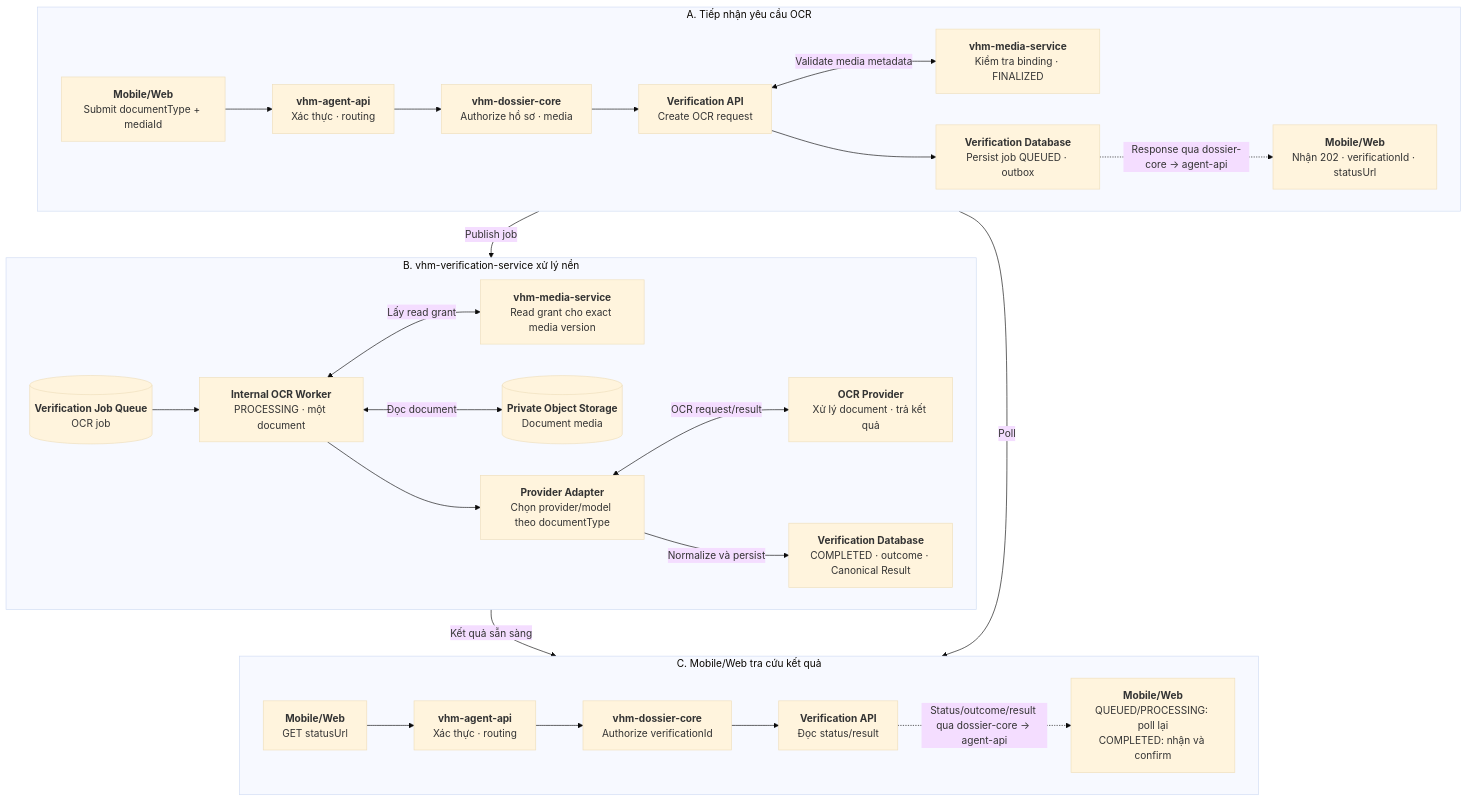
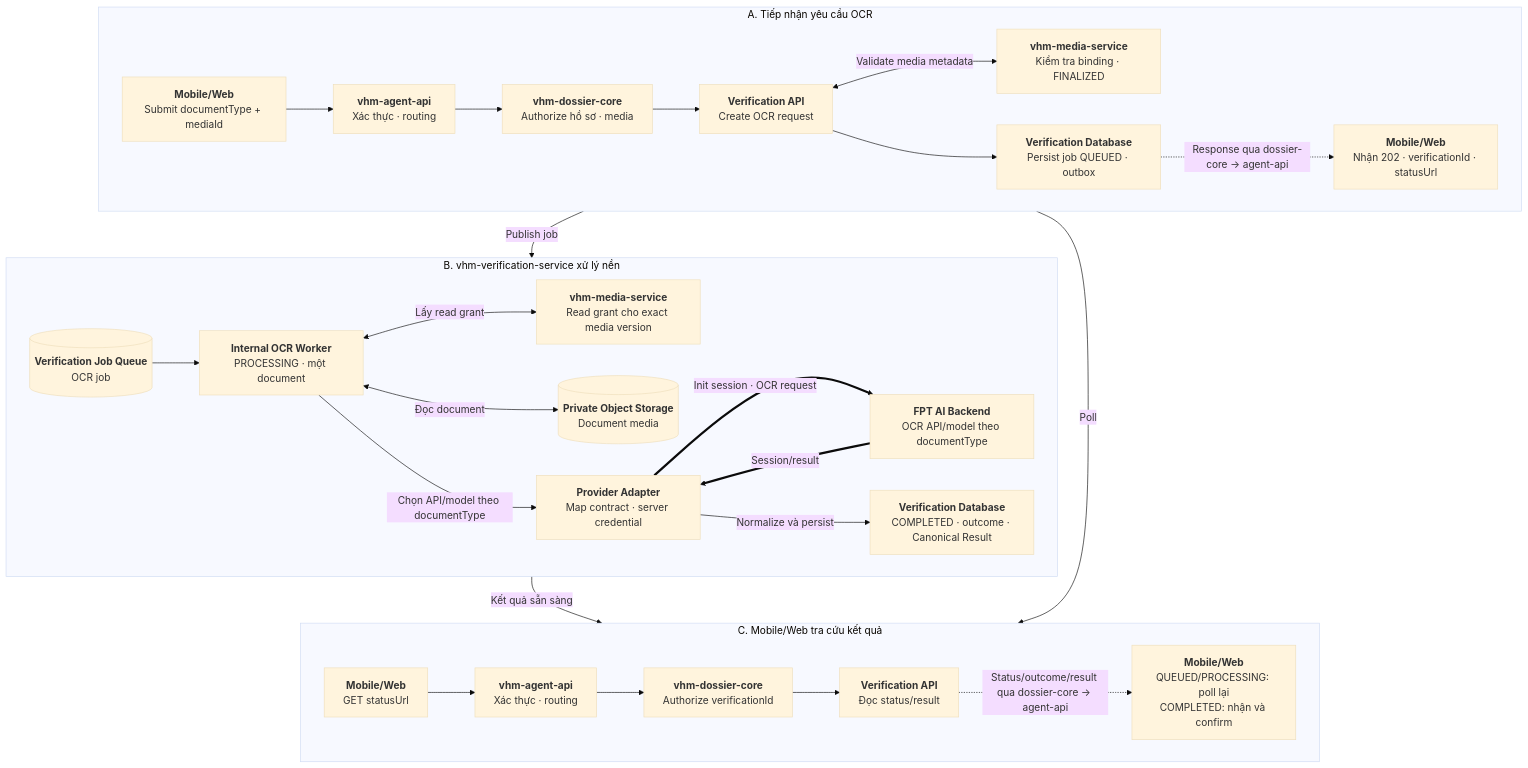
One commit to huynv-xyz/vhm changed the third of 7 diagrams in noxh.md. Above: the diagram before and after it, drawn with Mermaid (base theme). The commit also changed other lines of this file, not shown here.

````diff
--- a/noxh.md
+++ b/noxh.md
@@ -178,72 +178,73 @@
 ```mermaid
 flowchart TB
     subgraph SUBMIT["A. Tiếp nhận yêu cầu OCR"]
         direction LR
         S_CLIENT["`**Mobile/Web**
 Submit documentType + mediaId`"]
         S_BFF["`**vhm-agent-api**
 Xác thực · routing`"]
         S_DOSSIER["`**vhm-dossier-core**
 Authorize hồ sơ · media`"]
         S_API["`**Verification API**
 Create OCR request`"]
         S_MEDIA["`**vhm-media-service**
 Kiểm tra binding · FINALIZED`"]
         S_ACCEPT["`**Verification Database**
 Persist job QUEUED · outbox`"]
         S_202["`**Mobile/Web**
 Nhận 202 · verificationId · statusUrl`"]
 
         S_CLIENT --> S_BFF --> S_DOSSIER --> S_API
         S_API <-->|"Validate media metadata"| S_MEDIA
         S_API --> S_ACCEPT
         S_ACCEPT -.->|"Response qua dossier-core → agent-api"| S_202
     end
 
     subgraph PROCESS["B. vhm-verification-service xử lý nền"]
         direction LR
         P_QUEUE[("`**Verification Job Queue**
 OCR job`")]
         P_WORKER["`**Internal OCR Worker**
 PROCESSING · một document`"]
         P_READ["`**vhm-media-service**
 Read grant cho exact media version`"]
         P_STORAGE[("`**Private Object Storage**
 Document media`")]
         P_ADAPTER["`**Provider Adapter**
-Chọn provider/model theo documentType`"]
-        P_PROVIDER["`**OCR Provider**
-Xử lý document · trả kết quả`"]
+Map contract · server credential`"]
+        P_PROVIDER["`**FPT AI Backend**
+OCR API/model theo documentType`"]
         P_RESULT["`**Verification Database**
 COMPLETED · outcome · Canonical Result`"]
 
         P_QUEUE --> P_WORKER
         P_WORKER <-->|"Lấy read grant"| P_READ
         P_WORKER <-->|"Đọc document"| P_STORAGE
-        P_WORKER --> P_ADAPTER
-        P_ADAPTER <-->|"OCR request/result"| P_PROVIDER
+        P_WORKER -->|"Chọn API/model theo documentType"| P_ADAPTER
+        P_ADAPTER ==>|"Init session · OCR request"| P_PROVIDER
+        P_PROVIDER ==>|"Session/result"| P_ADAPTER
         P_ADAPTER -->|"Normalize và persist"| P_RESULT
     end
 
     subgraph QUERY["C. Mobile/Web tra cứu kết quả"]
         direction LR
         Q_CLIENT["`**Mobile/Web**
 GET statusUrl`"]
         Q_BFF["`**vhm-agent-api**
 Xác thực · routing`"]
         Q_DOSSIER["`**vhm-dossier-core**
 Authorize verificationId`"]
         Q_API["`**Verification API**
 Đọc status/result`"]
         Q_RESPONSE["`**Mobile/Web**
 QUEUED/PROCESSING: poll lại
 COMPLETED: nhận và confirm`"]
 
         Q_CLIENT --> Q_BFF --> Q_DOSSIER --> Q_API
         Q_API -.->|"Status/outcome/result qua dossier-core → agent-api"| Q_RESPONSE
     end
 
     S_ACCEPT -->|"Publish job"| P_QUEUE
     S_202 -->|"Poll"| Q_CLIENT
     P_RESULT -->|"Kết quả sẵn sàng"| Q_API
 ```
````
